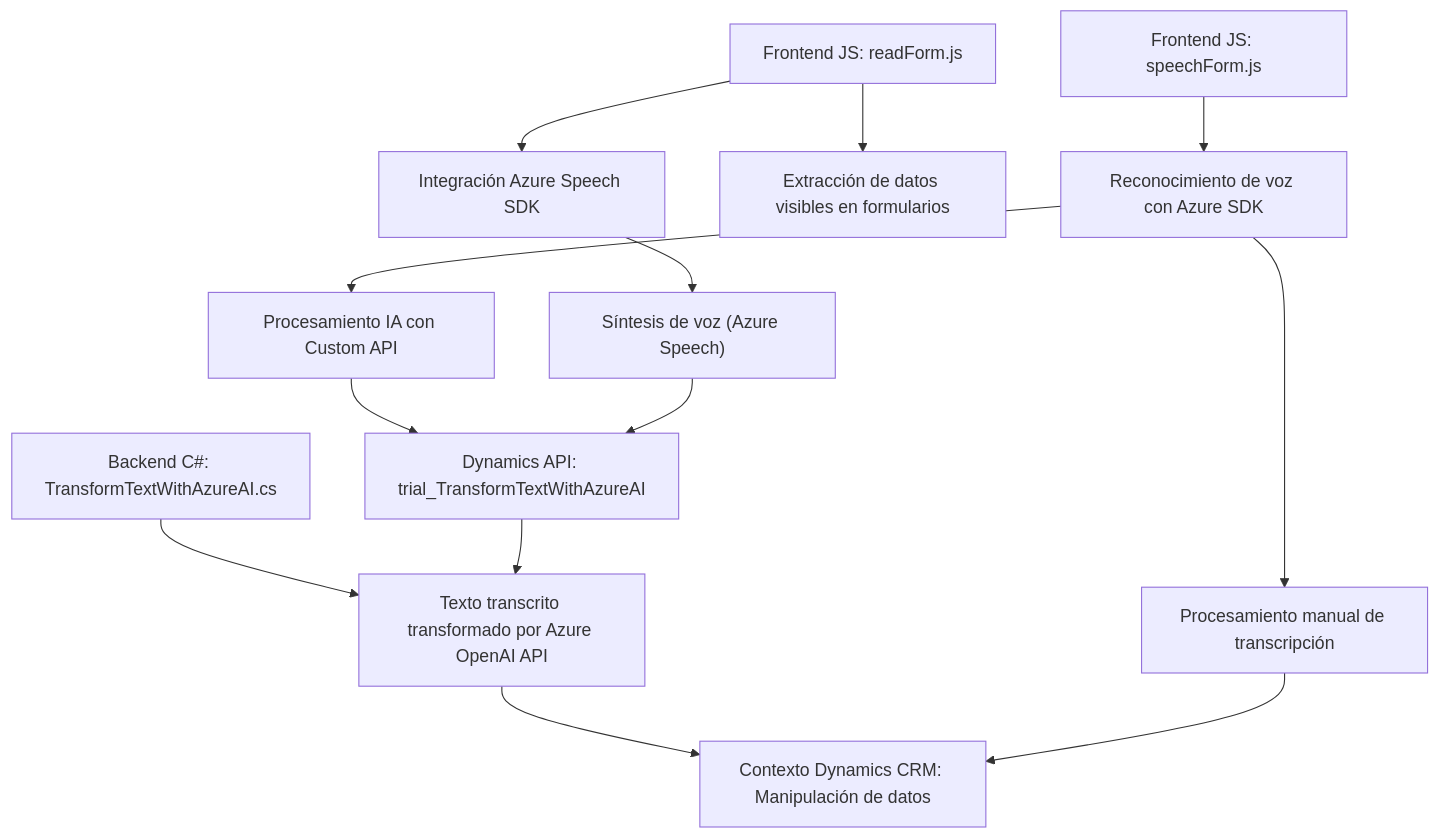
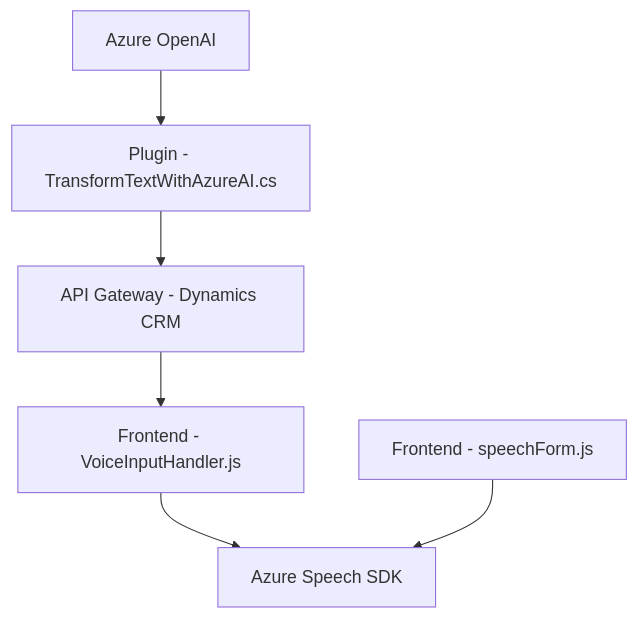
Before and after one commit to blopezdm/NETCORE_BILBAO2025: the diagram in README.md, drawn with Mermaid. The commit also changed other lines of this file, not shown here.

Commit message:
Actualizar análisis global de la solución con IA

````diff
--- a/README.md
+++ b/README.md
@@ -41,18 +36,15 @@
 ```mermaid
 graph TD
-    A["Frontend JS: readForm.js"] --> B["Integración Azure Speech SDK"]
-    A --> C["Extracción de datos visibles en formularios"]
-    B --> D["Síntesis de voz (Azure Speech)"]
-    
-    E["Frontend JS: speechForm.js"] --> F["Reconocimiento de voz con Azure SDK"]
-    F --> G["Procesamiento manual de transcripción"]
-    F --> H["Procesamiento IA con Custom API"]
-    H --> I["Dynamics API: trial_TransformTextWithAzureAI"]
+    A["Azure Speech SDK"]
+    B["Frontend - VoiceInputHandler.js"]
+    C["Frontend - speechForm.js"]
+    D["API Gateway - Dynamics CRM"]
+    E["Plugin - TransformTextWithAzureAI.cs"]
+    F["Azure OpenAI"]
 
-    J["Backend C#: TransformTextWithAzureAI.cs"] --> K["Texto transcrito transformado por Azure OpenAI API"]
-    K --> L["Contexto Dynamics CRM: Manipulación de datos"]
-    
-    I --> K
-    G --> L
-    D --> I
+    B --> A
+    C --> A
+    D --> B
+    E --> D
+    F --> E   
 ```
````
